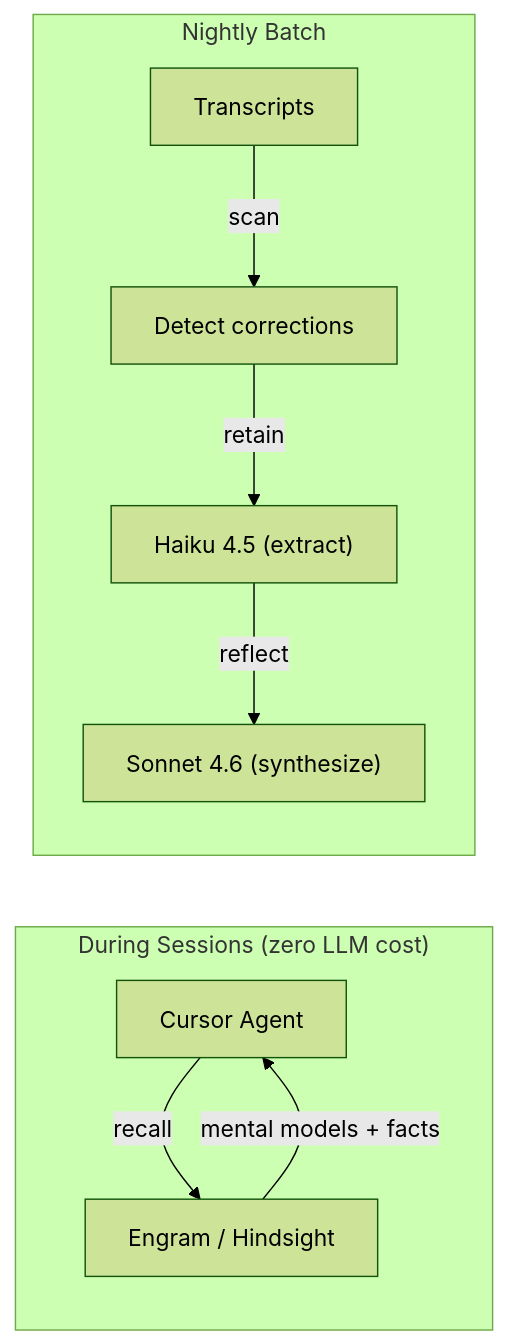
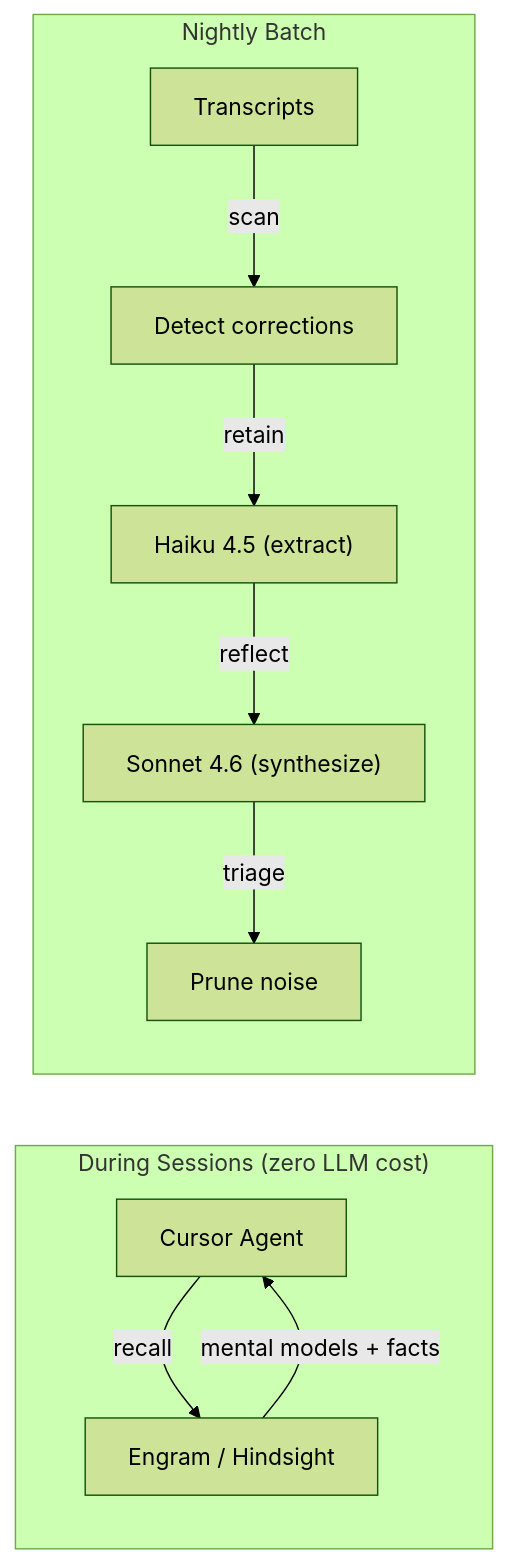
The first of 3 diagrams in README.md (jordigilh/engram), drawn with Mermaid (forest theme) before and after one commit. The commit also changed other lines of this file and 3 other files, not shown here.

````diff
--- a/README.md
+++ b/README.md
@@ -12,13 +12,14 @@
 ```mermaid
 flowchart LR
     subgraph session["During Sessions (zero LLM cost)"]
         A[Cursor Agent] -->|recall| B[Engram / Hindsight]
         B -->|"mental models + facts"| A
     end
 
     subgraph nightly["Nightly Batch"]
         C[Transcripts] -->|scan| D[Detect corrections]
         D -->|retain| E["Haiku 4.5 (extract)"]
         E -->|reflect| F["Sonnet 4.6 (synthesize)"]
+        F -->|triage| G["Prune noise"]
     end
 ```
````
